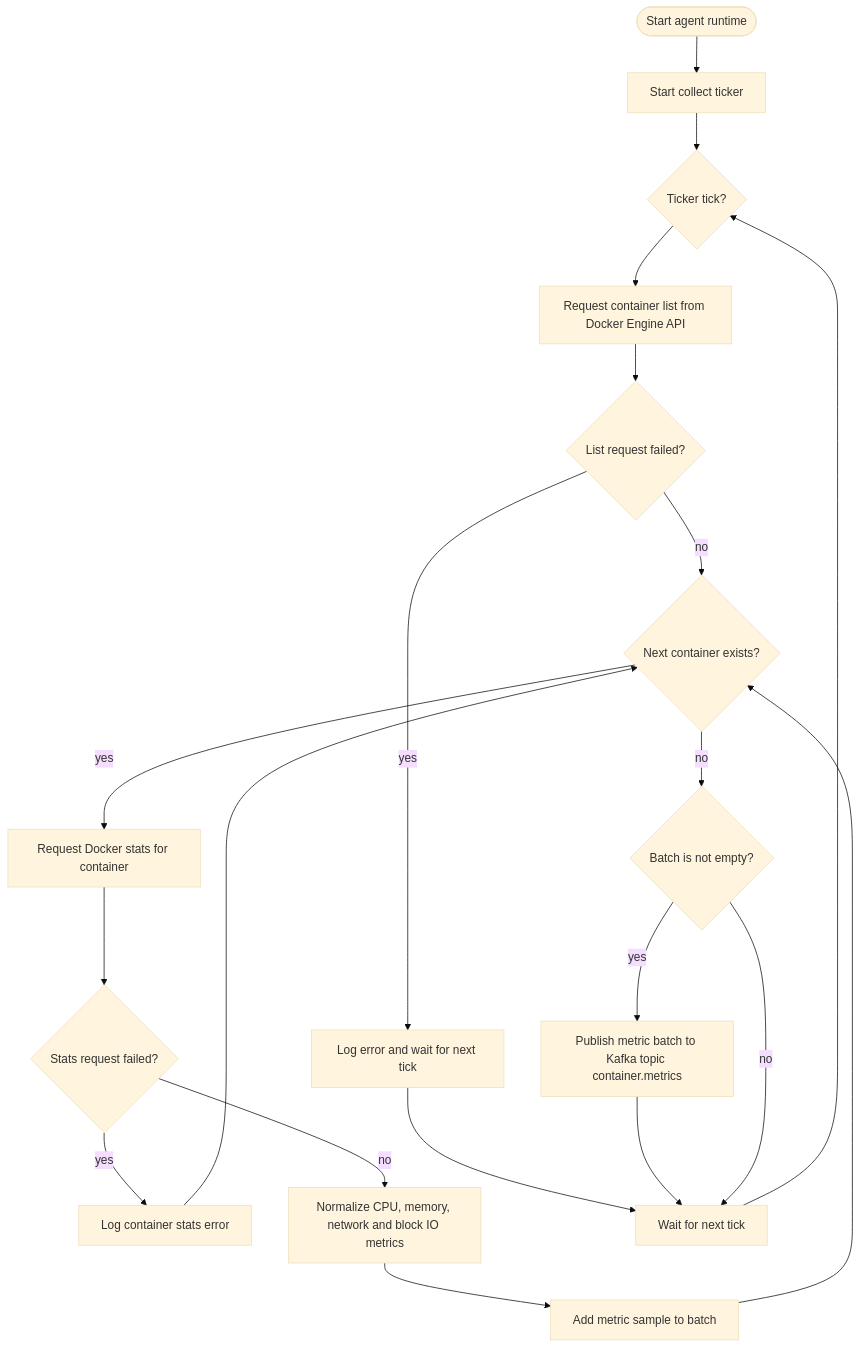
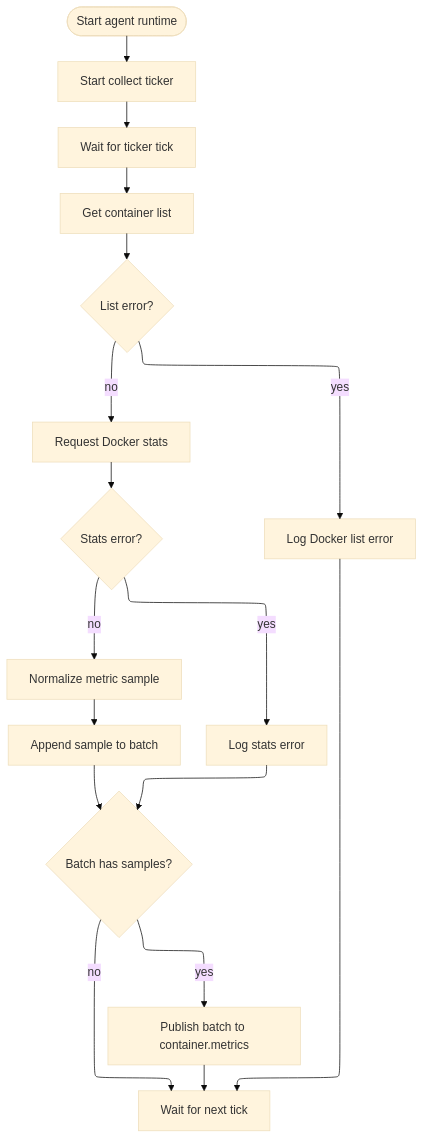
The third of 24 diagrams in docs/uml-diagrams.md (MTXIK/container-monitoring), drawn with Mermaid (base theme) before and after one commit. The commit also changed other lines of this file, not shown here.

Commit message:
update diagrams

````diff
--- a/docs/uml-diagrams.md
+++ b/docs/uml-diagrams.md
@@ -69,31 +77,27 @@
 ```mermaid
+%%{init: {"flowchart": {"defaultRenderer": "elk"}} }%%
 flowchart TB
     Start([Start agent runtime])
     Ticker["Start collect ticker"]
-    Tick{"Ticker tick?"}
-    List["Request container list from Docker Engine API"]
-    ListError{"List request failed?"}
-    LogList["Log error and wait for next tick"]
-    Loop{"Next container exists?"}
-    Stats["Request Docker stats for container"]
-    StatsError{"Stats request failed?"}
-    LogStats["Log container stats error"]
-    Normalize["Normalize CPU, memory, network and block IO metrics"]
-    Append["Add metric sample to batch"]
-    Publish{"Batch is not empty?"}
-    Kafka["Publish metric batch to Kafka topic container.metrics"]
-    Wait["Wait for next tick"]
+    Tick["Wait for ticker tick"]
+    List["Get container list"]
+    ListError{"List error?"}
+    Stats["Request Docker stats"]
+    StatsError{"Stats error?"}
+    Normalize["Normalize metric sample"]
+    Batch["Append sample to batch"]
+    PublishDecision{"Batch has samples?"}
+    Kafka["Publish batch to container.metrics"]
+    NextTick["Wait for next tick"]
+    LogList["Log Docker list error"]
+    LogStats["Log stats error"]
 
-    Start --> Ticker --> Tick
-    Tick --> List
-    List --> ListError
-    ListError -- yes --> LogList --> Wait
-    ListError -- no --> Loop
-    Loop -- yes --> Stats --> StatsError
-    StatsError -- yes --> LogStats --> Loop
-    StatsError -- no --> Normalize --> Append --> Loop
-    Loop -- no --> Publish
-    Publish -- yes --> Kafka --> Wait
-    Publish -- no --> Wait
-    Wait --> Tick
+    Start --> Ticker --> Tick --> List --> ListError
+    ListError -- yes --> LogList --> NextTick
+    ListError -- no --> Stats
+    Stats --> StatsError
+    StatsError -- no --> Normalize --> Batch --> PublishDecision
+    StatsError -- yes --> LogStats --> PublishDecision
+    PublishDecision -- yes --> Kafka --> NextTick
+    PublishDecision -- no --> NextTick
 ```
````
